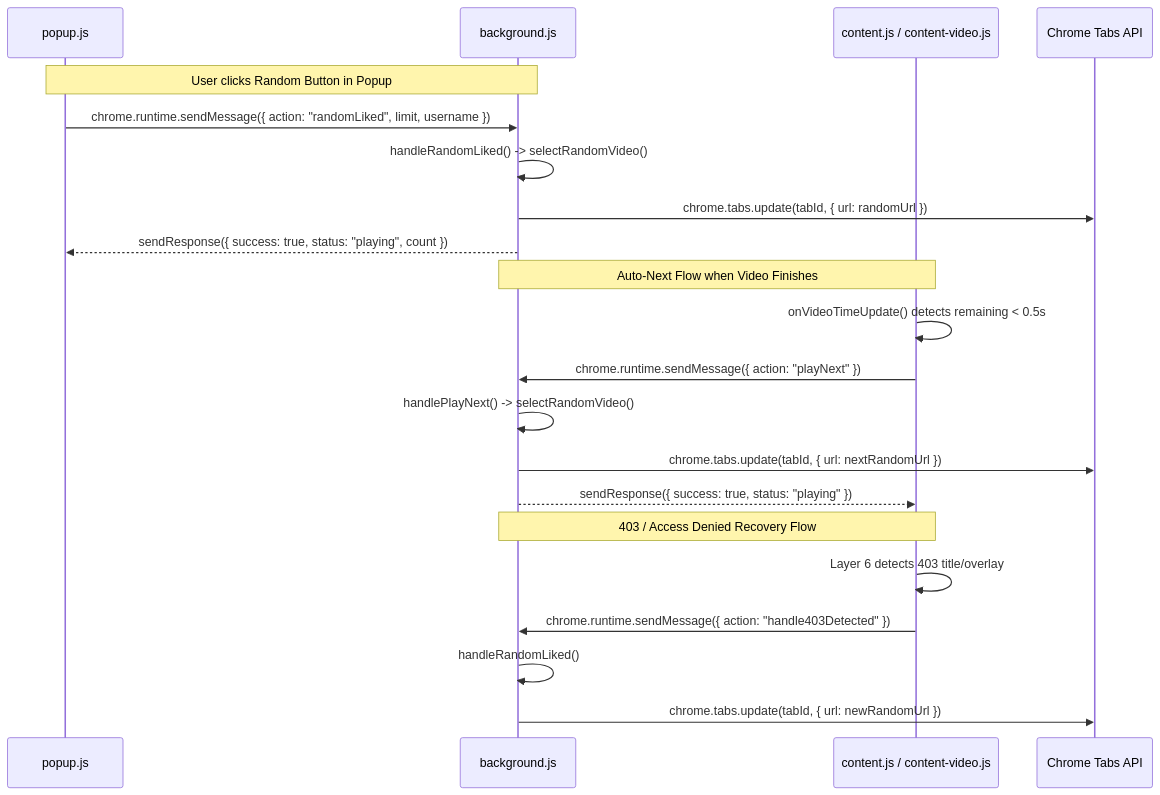
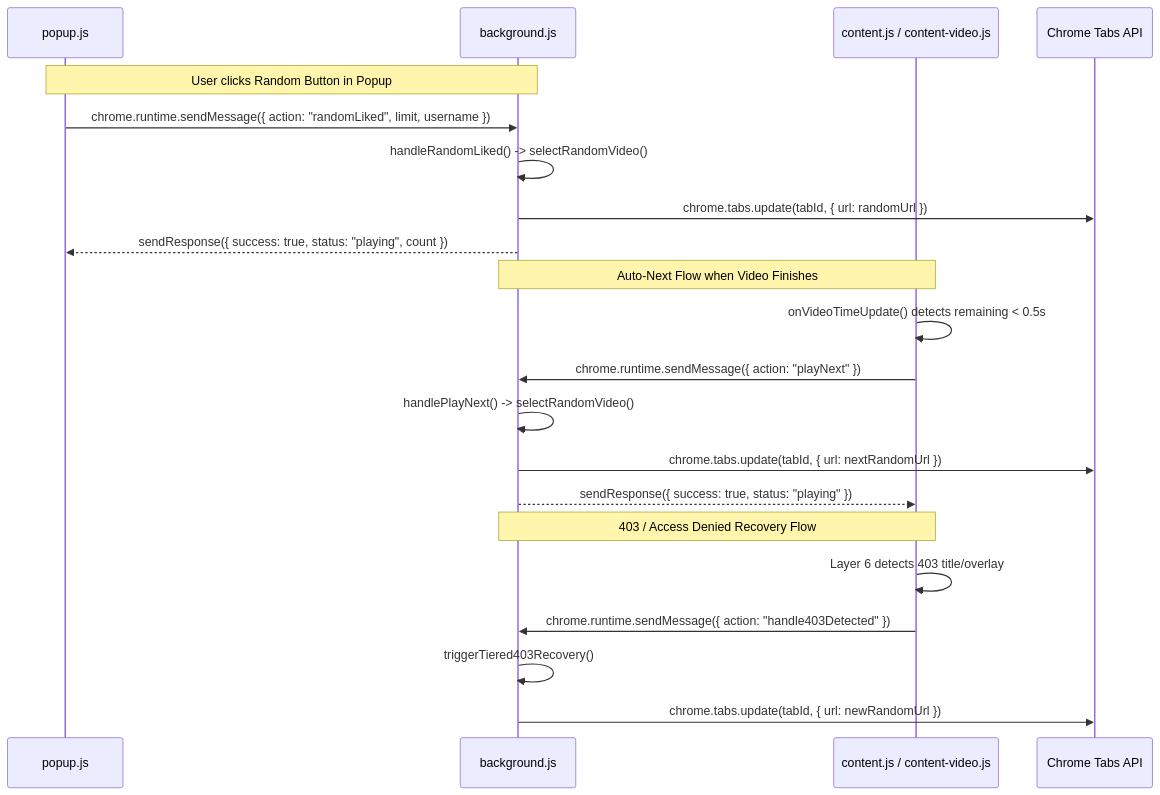
The first of 2 diagrams in docs/random-play-flow.md (Ducinviciable/TikTok-Random-Video), drawn with Mermaid before and after one commit. The commit also changed other lines of this file and 6 other files, not shown here.

````diff
--- a/docs/random-play-flow.md
+++ b/docs/random-play-flow.md
@@ -202,25 +202,25 @@
 ```mermaid
 sequenceDiagram
     participant Popup as popup.js
     participant BG as background.js
     participant CS as content.js / content-video.js
 
     note over Popup,BG: User clicks Random Button in Popup
     Popup->>BG: chrome.runtime.sendMessage({ action: "randomLiked", limit, username })
     BG->>BG: handleRandomLiked() -> selectRandomVideo()
     BG->>Chrome Tabs API: chrome.tabs.update(tabId, { url: randomUrl })
     BG-->>Popup: sendResponse({ success: true, status: "playing", count })
 
     note over CS,BG: Auto-Next Flow when Video Finishes
     CS->>CS: onVideoTimeUpdate() detects remaining < 0.5s
     CS->>BG: chrome.runtime.sendMessage({ action: "playNext" })
     BG->>BG: handlePlayNext() -> selectRandomVideo()
     BG->>Chrome Tabs API: chrome.tabs.update(tabId, { url: nextRandomUrl })
     BG-->>CS: sendResponse({ success: true, status: "playing" })
 
     note over CS,BG: 403 / Access Denied Recovery Flow
     CS->>CS: Layer 6 detects 403 title/overlay
     CS->>BG: chrome.runtime.sendMessage({ action: "handle403Detected" })
-    BG->>BG: handleRandomLiked()
+    BG->>BG: triggerTiered403Recovery()
     BG->>Chrome Tabs API: chrome.tabs.update(tabId, { url: newRandomUrl })
 ```
````
